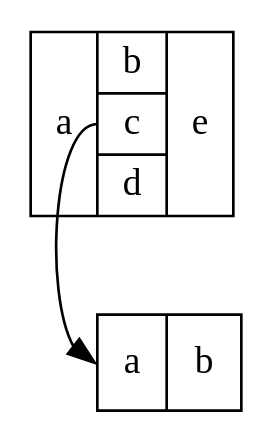
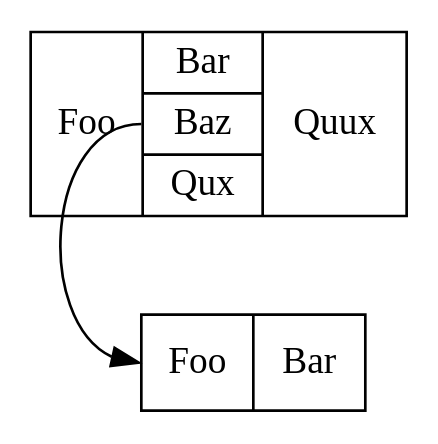
The ninth of 19 diagrams in README.md (mariusz-schimke/GiGraph), drawn with Graphviz before and after one commit. The commit also changed other lines of this file and 2 other files, not shown here.

````diff
--- a/README.md
+++ b/README.md
@@ -818,9 +818,9 @@
 ```dot
 digraph
 {
-    node1 [ label = "a | { b | <port1> c | d } | e", shape = record ]
-    node2 [ label = "a | b", shape = record ]
+    Foo [ label = "Foo | { Bar | <port1> Baz | Qux } | Quux", shape = record ]
+    Bar [ label = "Foo | Bar", shape = record ]
 
-    node1:port1:w -> node2:w
+    Foo:port1:w -> Bar:w
 }
 ```
````
